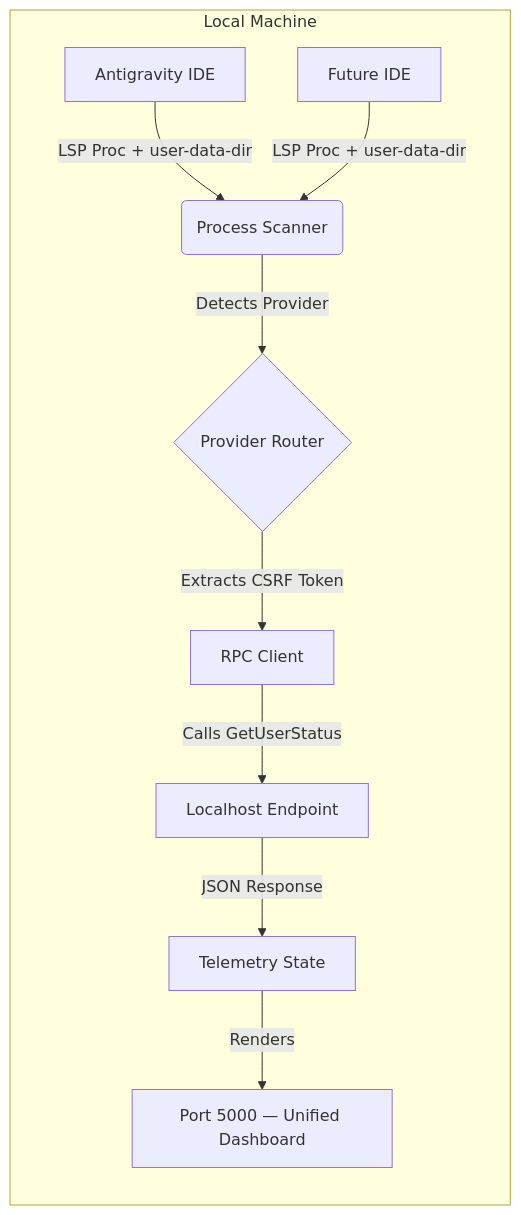
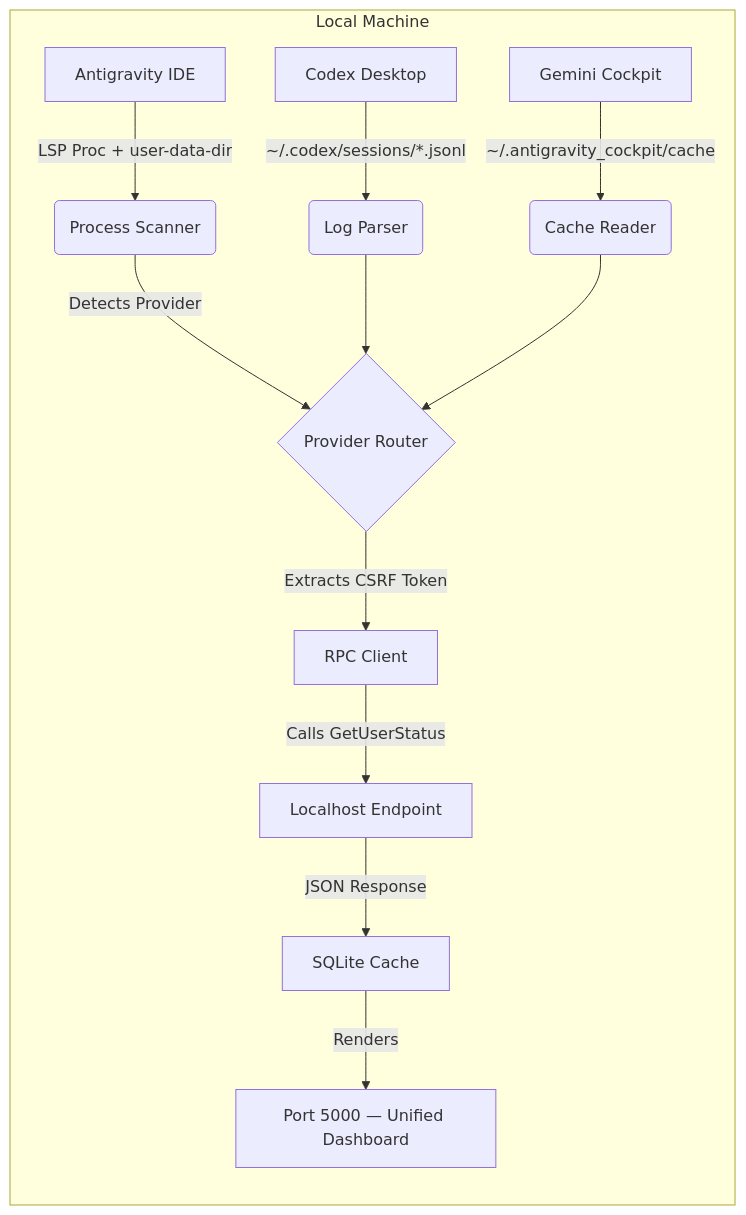
Before and after one commit to WongYC19/ai-quota-tracker: the diagram in README.md, drawn with Mermaid. The commit also changed other lines of this file and 9 other files, not shown here.

Commit message:
feat: unify tracking architecture with new orchestrator, Homebrew support, and web dashboard

````diff
--- a/README.md
+++ b/README.md
@@ -24,12 +48,15 @@
 ```mermaid
 flowchart LR
     subgraph Local Machine
     A[Antigravity IDE] -->|LSP Proc + user-data-dir| B(Process Scanner)
-    C[Future IDE] -->|LSP Proc + user-data-dir| B
-    B -->|Detects Provider| D{Provider Router}
-    D -->|Extracts CSRF Token| E[RPC Client]
-    E -->|Calls GetUserStatus| F[Localhost Endpoint]
-    F -->|JSON Response| G[Telemetry State]
-    G -->|Renders| H[Port 5000 — Unified Dashboard]
+    C[Codex Desktop] -->|~/.codex/sessions/*.jsonl| D(Log Parser)
+    E[Gemini Cockpit] -->|~/.antigravity_cockpit/cache| F(Cache Reader)
+    B -->|Detects Provider| G{Provider Router}
+    D --> G
+    F --> G
+    G -->|Extracts CSRF Token| H[RPC Client]
+    H -->|Calls GetUserStatus| I[Localhost Endpoint]
+    I -->|JSON Response| J[SQLite Cache]
+    J -->|Renders| K[Port 5000 — Unified Dashboard]
     end
 ```
````
